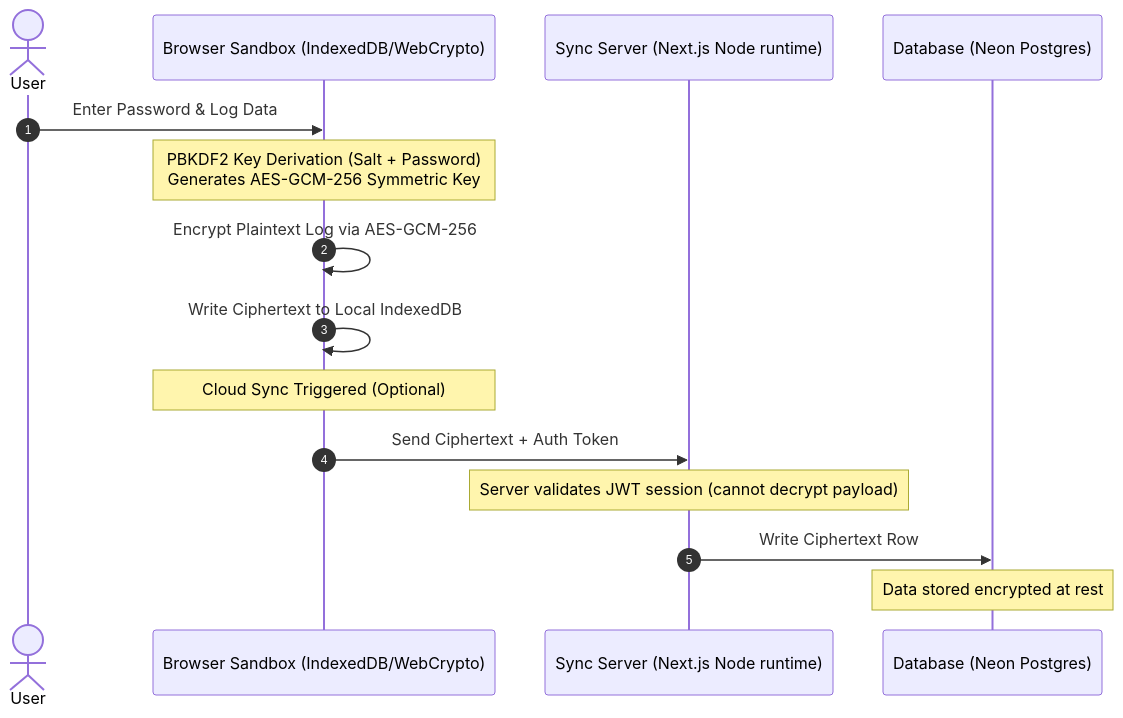
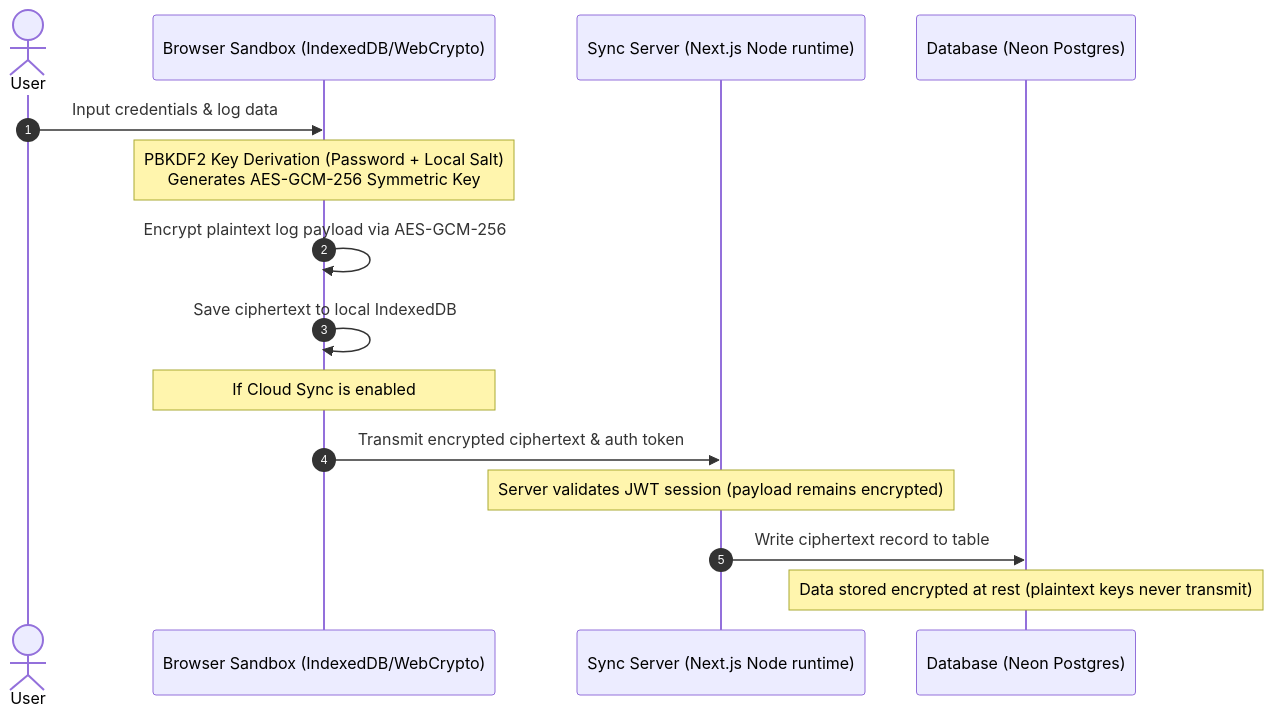
One commit to priyanshukamal26/reddot changed the diagram in README.md. Above: the diagram before and after it, drawn with Mermaid. The commit also changed other lines of this file, not shown here.

````diff
--- a/README.md
+++ b/README.md
@@ -31,18 +13,18 @@
 ```mermaid
 sequenceDiagram
     autonumber
     actor User
     participant Browser as Browser Sandbox (IndexedDB/WebCrypto)
     participant Server as Sync Server (Next.js Node runtime)
     participant Database as Database (Neon Postgres)
 
-    User->>Browser: Enter Password & Log Data
-    Note over Browser: PBKDF2 Key Derivation (Salt + Password)<br/>Generates AES-GCM-256 Symmetric Key
-    Browser->>Browser: Encrypt Plaintext Log via AES-GCM-256
-    Browser->>Browser: Write Ciphertext to Local IndexedDB
-    Note over Browser: Cloud Sync Triggered (Optional)
-    Browser->>Server: Send Ciphertext + Auth Token
-    Note over Server: Server validates JWT session (cannot decrypt payload)
-    Server->>Database: Write Ciphertext Row
-    Note over Database: Data stored encrypted at rest
+    User->>Browser: Input credentials & log data
+    Note over Browser: PBKDF2 Key Derivation (Password + Local Salt)<br/>Generates AES-GCM-256 Symmetric Key
+    Browser->>Browser: Encrypt plaintext log payload via AES-GCM-256
+    Browser->>Browser: Save ciphertext to local IndexedDB
+    Note over Browser: If Cloud Sync is enabled
+    Browser->>Server: Transmit encrypted ciphertext & auth token
+    Note over Server: Server validates JWT session (payload remains encrypted)
+    Server->>Database: Write ciphertext record to table
+    Note over Database: Data stored encrypted at rest (plaintext keys never transmit)
 ```
````
